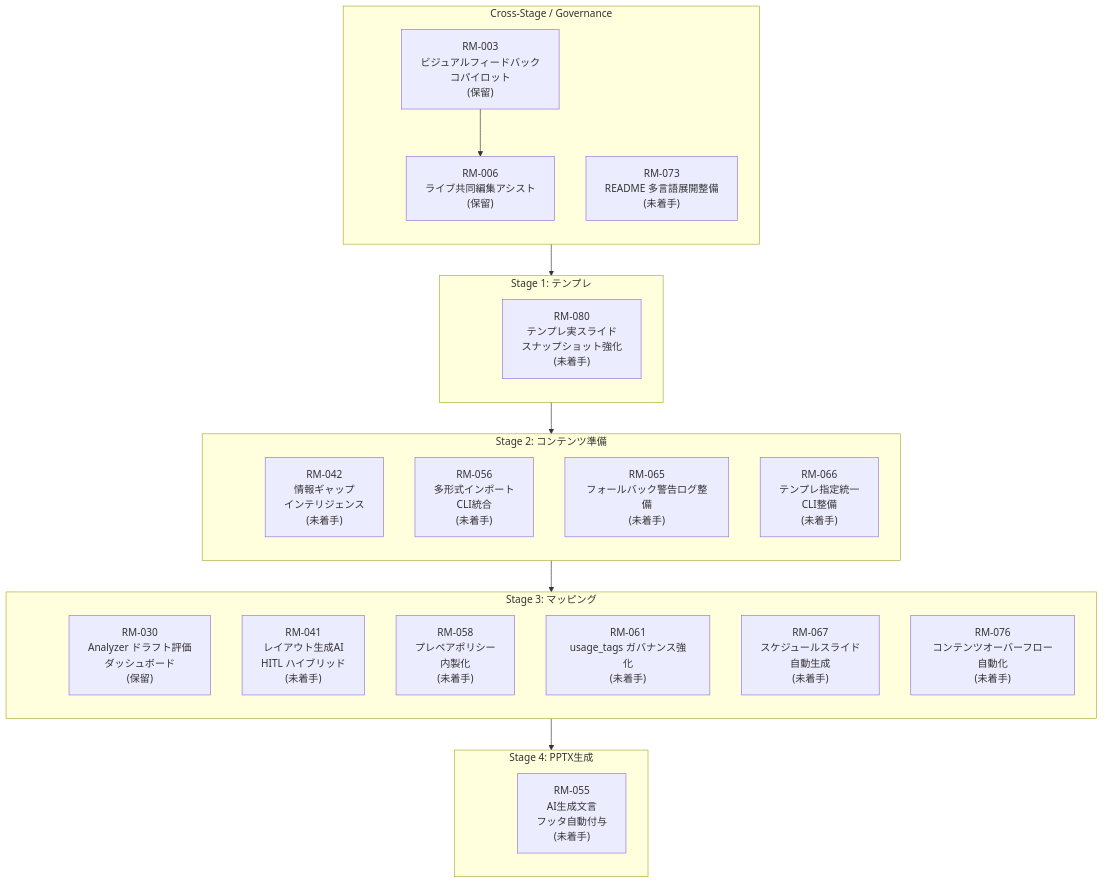
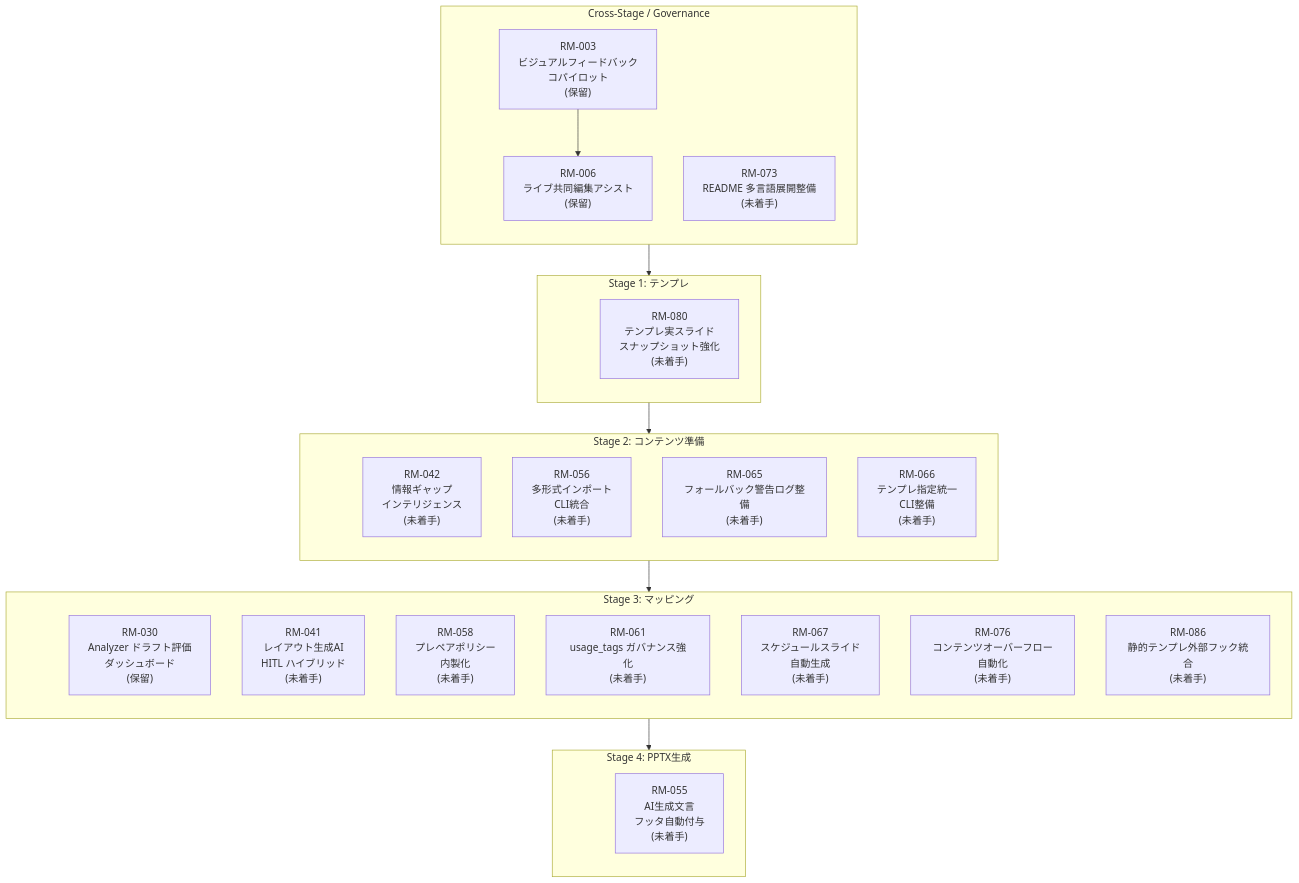
One commit to yurake/pptx_generator changed the diagram in docs/roadmap/roadmap.md. Above: the diagram before and after it, drawn with Mermaid. The commit also changed other lines of this file and 2 other files, not shown here.

````diff
--- a/docs/roadmap/roadmap.md
+++ b/docs/roadmap/roadmap.md
@@ -25,52 +25,53 @@
 ```mermaid
 flowchart TB
     subgraph GOV["Cross-Stage / Governance"]
         direction TB
         GOV_ANCHOR(( ))
         RM003["RM-003<br/>ビジュアルフィードバック<br/>コパイロット<br/>(保留)"]
         RM006["RM-006<br/>ライブ共同編集アシスト<br/>(保留)"]
         RM073["RM-073<br/>README 多言語展開整備<br/>(未着手)"]
     end
 
     subgraph ST1["Stage 1: テンプレ"]
         direction TB
         ST1_ANCHOR(( ))
         RM080["RM-080<br/>テンプレ実スライド<br/>スナップショット強化<br/>(未着手)"]
     end
 
     subgraph ST2["Stage 2: コンテンツ準備"]
         direction TB
         ST2_ANCHOR(( ))
         RM042["RM-042<br/>情報ギャップ<br/>インテリジェンス<br/>(未着手)"]
         RM056["RM-056<br/>多形式インポート<br/>CLI統合<br/>(未着手)"]
         RM065["RM-065<br/>フォールバック警告ログ整備<br/>(未着手)"]
         RM066["RM-066<br/>テンプレ指定統一<br/>CLI整備<br/>(未着手)"]
     end
 
     subgraph ST3["Stage 3: マッピング"]
         direction TB
         ST3_ANCHOR(( ))
         RM030["RM-030<br/>Analyzer ドラフト評価<br/>ダッシュボード<br/>(保留)"]
         RM041["RM-041<br/>レイアウト生成AI<br/>HITL ハイブリッド<br/>(未着手)"]
         RM058["RM-058<br/>プレペアポリシー<br/>内製化<br/>(未着手)"]
         RM061["RM-061<br/>usage_tags ガバナンス強化<br/>(未着手)"]
         RM067["RM-067<br/>スケジュールスライド<br/>自動生成<br/>(未着手)"]
         RM076["RM-076<br/>コンテンツオーバーフロー自動化<br/>(未着手)"]
+        RM086["RM-086<br/>静的テンプレ外部フック統合<br/>(未着手)"]
     end
 
     subgraph ST4["Stage 4: PPTX生成"]
         direction TB
         ST4_ANCHOR(( ))
         RM055["RM-055<br/>AI生成文言<br/>フッタ自動付与<br/>(未着手)"]
     end
 
     style GOV_ANCHOR fill:transparent,stroke:transparent
     style ST1_ANCHOR fill:transparent,stroke:transparent
     style ST2_ANCHOR fill:transparent,stroke:transparent
     style ST3_ANCHOR fill:transparent,stroke:transparent
     style ST4_ANCHOR fill:transparent,stroke:transparent
 
     GOV_ANCHOR --> ST1_ANCHOR --> ST2_ANCHOR --> ST3_ANCHOR --> ST4_ANCHOR
 
     RM003 --> RM006
 ```
````
